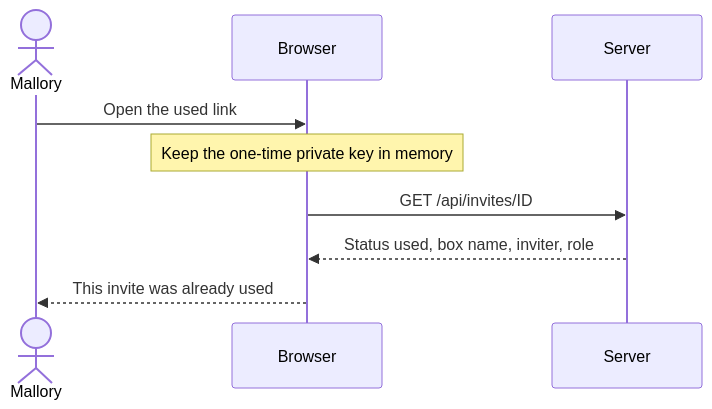
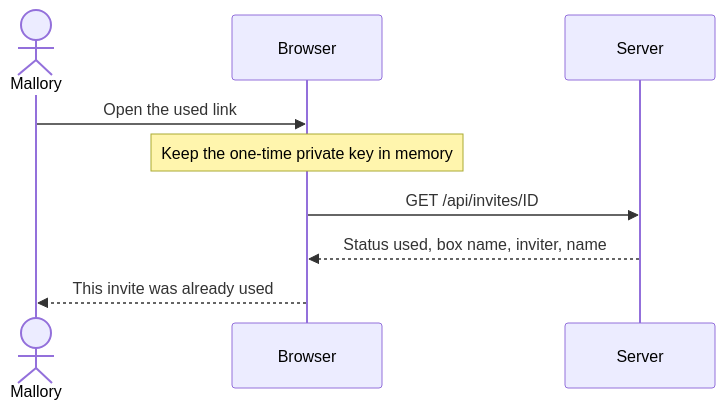
The first of 3 diagrams in docs/06-invite-expired-or-reused.md (intaniger/secretbox), drawn with Mermaid before and after one commit. The commit also changed other lines of this file and 18 other files, not shown here.

````diff
--- a/docs/06-invite-expired-or-reused.md
+++ b/docs/06-invite-expired-or-reused.md
@@ -35,11 +35,11 @@
 ```mermaid
 sequenceDiagram
   actor M as Mallory
   participant B as Browser
   participant S as Server
   M->>B: Open the used link
   Note over B: Keep the one-time private key in memory
   B->>S: GET /api/invites/ID
-  S-->>B: Status used, box name, inviter, role
+  S-->>B: Status used, box name, inviter, name
   B-->>M: This invite was already used
 ```
````
